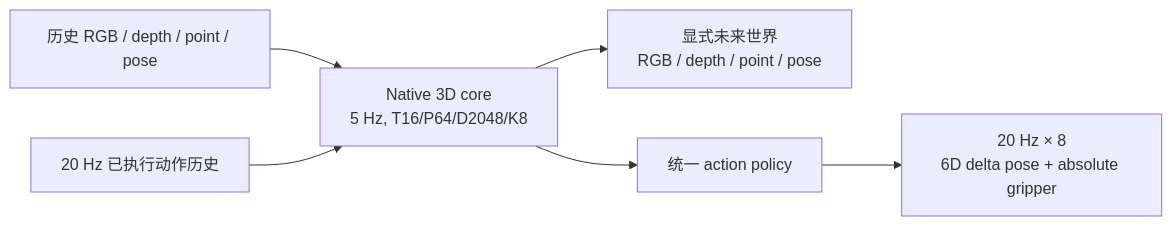
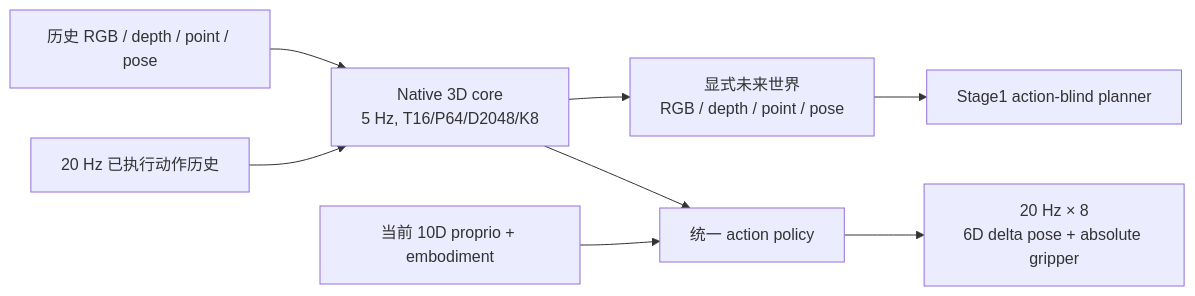
The diagram in wm3d_v8/README.md (wxqnl/world_model), drawn with Mermaid before and after one commit. The commit also changed other lines of this file and 18 other files, not shown here.

Commit message:
feat(v8): validate stage0 to native planner pipeline

````diff
--- a/wm3d_v8/README.md
+++ b/wm3d_v8/README.md
@@ -5,8 +5,10 @@
 ```mermaid
 flowchart LR
   O["历史 RGB / depth / point / pose"] --> C["Native 3D core<br/>5 Hz, T16/P64/D2048/K8"]
   A["20 Hz 已执行动作历史"] --> C
+  S["当前 10D proprio + embodiment"] --> H
   C --> W["显式未来世界<br/>RGB / depth / point / pose"]
   C --> H["统一 action policy"]
   H --> P["20 Hz × 8<br/>6D delta pose + absolute gripper"]
+  W --> G["Stage1 action-blind planner"]
 ```
````
